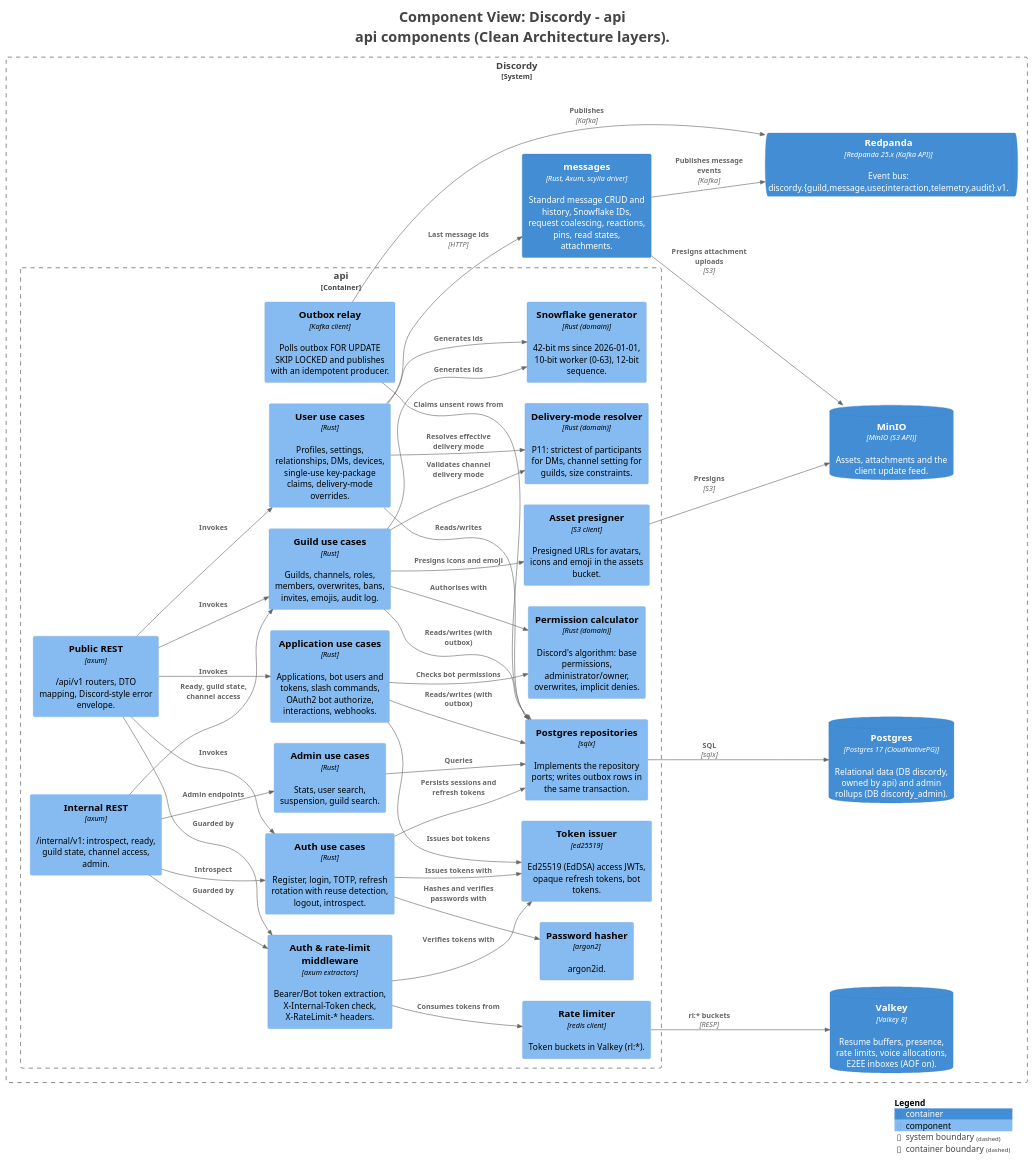
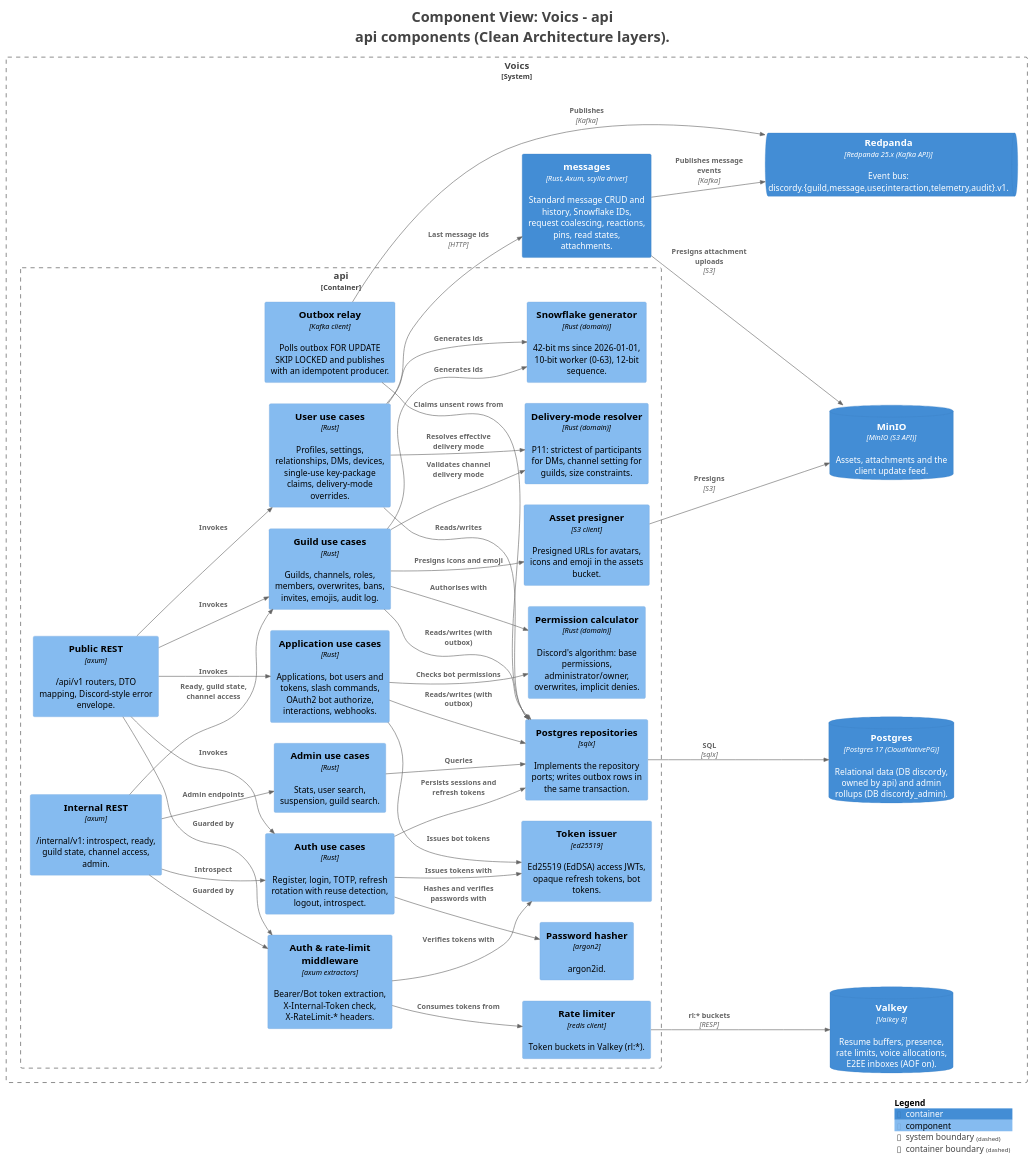
One commit to voics-app/docs changed the diagram in c4/rendered/structurizr-C3-api.puml. Above: the diagram before and after it, drawn with PlantUML. The commit also changed 48 other files, not shown here.

Commit message:
Name the system Voics in the C4 model and re-render diagrams (docs#135 stage 1 follow-up)

```diff
--- a/c4/rendered/structurizr-C3-api.puml
+++ b/c4/rendered/structurizr-C3-api.puml
@@ -1,5 +1,5 @@
 @startuml
-title <size:24>Component View: Discordy - api</size>\n<size:24>api components (Clean Architecture layers).</size>
+title <size:24>Component View: Voics - api</size>\n<size:24>api components (Clean Architecture layers).</size>
 
 set separator none
 left to right direction
@@ -16,68 +16,68 @@
 !include <C4/C4_Container>
 !include <C4/C4_Component>
 
-System_Boundary("Discordy_boundary", "Discordy", $tags="") {
-  Container_Boundary("Discordy.api_boundary", "api", $tags="") {
-    Component(Discordy.api.PublicREST, "Public REST", $techn="axum", $descr="/api/v1 routers, DTO mapping, Discord-style error envelope.", $tags="", $link="")
-    Component(Discordy.api.InternalREST, "Internal REST", $techn="axum", $descr="/internal/v1: introspect, ready, guild state, channel access, admin.", $tags="", $link="")
-    Component(Discordy.api.Authratelimitmiddleware, "Auth & rate-limit middleware", $techn="axum extractors", $descr="Bearer/Bot token extraction, X-Internal-Token check, X-RateLimit-* headers.", $tags="", $link="")
-    Component(Discordy.api.Authusecases, "Auth use cases", $techn="Rust", $descr="Register, login, TOTP, refresh rotation with reuse detection, logout, introspect.", $tags="", $link="")
-    Component(Discordy.api.Userusecases, "User use cases", $techn="Rust", $descr="Profiles, settings, relationships, DMs, devices, single-use key-package claims, delivery-mode overrides.", $tags="", $link="")
-    Component(Discordy.api.Guildusecases, "Guild use cases", $techn="Rust", $descr="Guilds, channels, roles, members, overwrites, bans, invites, emojis, audit log.", $tags="", $link="")
-    Component(Discordy.api.Applicationusecases, "Application use cases", $techn="Rust", $descr="Applications, bot users and tokens, slash commands, OAuth2 bot authorize, interactions, webhooks.", $tags="", $link="")
-    Component(Discordy.api.Adminusecases, "Admin use cases", $techn="Rust", $descr="Stats, user search, suspension, guild search.", $tags="", $link="")
-    Component(Discordy.api.Permissioncalculator, "Permission calculator", $techn="Rust (domain)", $descr="Discord's algorithm: base permissions, administrator/owner, overwrites, implicit denies.", $tags="", $link="")
-    Component(Discordy.api.Deliverymoderesolver, "Delivery-mode resolver", $techn="Rust (domain)", $descr="P11: strictest of participants for DMs, channel setting for guilds, size constraints.", $tags="", $link="")
-    Component(Discordy.api.Snowflakegenerator, "Snowflake generator", $techn="Rust (domain)", $descr="42-bit ms since 2026-01-01, 10-bit worker (0-63), 12-bit sequence.", $tags="", $link="")
-    Component(Discordy.api.Postgresrepositories, "Postgres repositories", $techn="sqlx", $descr="Implements the repository ports; writes outbox rows in the same transaction.", $tags="", $link="")
-    Component(Discordy.api.Outboxrelay, "Outbox relay", $techn="Kafka client", $descr="Polls outbox FOR UPDATE SKIP LOCKED and publishes with an idempotent producer.", $tags="", $link="")
-    Component(Discordy.api.Tokenissuer, "Token issuer", $techn="ed25519", $descr="Ed25519 (EdDSA) access JWTs, opaque refresh tokens, bot tokens.", $tags="", $link="")
-    Component(Discordy.api.Passwordhasher, "Password hasher", $techn="argon2", $descr="argon2id.", $tags="", $link="")
-    Component(Discordy.api.Ratelimiter, "Rate limiter", $techn="redis client", $descr="Token buckets in Valkey (rl:*).", $tags="", $link="")
-    Component(Discordy.api.Assetpresigner, "Asset presigner", $techn="S3 client", $descr="Presigned URLs for avatars, icons and emoji in the assets bucket.", $tags="", $link="")
+System_Boundary("Voics_boundary", "Voics", $tags="") {
+  Container_Boundary("Voics.api_boundary", "api", $tags="") {
+    Component(Voics.api.PublicREST, "Public REST", $techn="axum", $descr="/api/v1 routers, DTO mapping, Discord-style error envelope.", $tags="", $link="")
+    Component(Voics.api.InternalREST, "Internal REST", $techn="axum", $descr="/internal/v1: introspect, ready, guild state, channel access, admin.", $tags="", $link="")
+    Component(Voics.api.Authratelimitmiddleware, "Auth & rate-limit middleware", $techn="axum extractors", $descr="Bearer/Bot token extraction, X-Internal-Token check, X-RateLimit-* headers.", $tags="", $link="")
+    Component(Voics.api.Authusecases, "Auth use cases", $techn="Rust", $descr="Register, login, TOTP, refresh rotation with reuse detection, logout, introspect.", $tags="", $link="")
+    Component(Voics.api.Userusecases, "User use cases", $techn="Rust", $descr="Profiles, settings, relationships, DMs, devices, single-use key-package claims, delivery-mode overrides.", $tags="", $link="")
+    Component(Voics.api.Guildusecases, "Guild use cases", $techn="Rust", $descr="Guilds, channels, roles, members, overwrites, bans, invites, emojis, audit log.", $tags="", $link="")
+    Component(Voics.api.Applicationusecases, "Application use cases", $techn="Rust", $descr="Applications, bot users and tokens, slash commands, OAuth2 bot authorize, interactions, webhooks.", $tags="", $link="")
+    Component(Voics.api.Adminusecases, "Admin use cases", $techn="Rust", $descr="Stats, user search, suspension, guild search.", $tags="", $link="")
+    Component(Voics.api.Permissioncalculator, "Permission calculator", $techn="Rust (domain)", $descr="Discord's algorithm: base permissions, administrator/owner, overwrites, implicit denies.", $tags="", $link="")
+    Component(Voics.api.Deliverymoderesolver, "Delivery-mode resolver", $techn="Rust (domain)", $descr="P11: strictest of participants for DMs, channel setting for guilds, size constraints.", $tags="", $link="")
+    Component(Voics.api.Snowflakegenerator, "Snowflake generator", $techn="Rust (domain)", $descr="42-bit ms since 2026-01-01, 10-bit worker (0-63), 12-bit sequence.", $tags="", $link="")
+    Component(Voics.api.Postgresrepositories, "Postgres repositories", $techn="sqlx", $descr="Implements the repository ports; writes outbox rows in the same transaction.", $tags="", $link="")
+    Component(Voics.api.Outboxrelay, "Outbox relay", $techn="Kafka client", $descr="Polls outbox FOR UPDATE SKIP LOCKED and publishes with an idempotent producer.", $tags="", $link="")
+    Component(Voics.api.Tokenissuer, "Token issuer", $techn="ed25519", $descr="Ed25519 (EdDSA) access JWTs, opaque refresh tokens, bot tokens.", $tags="", $link="")
+    Component(Voics.api.Passwordhasher, "Password hasher", $techn="argon2", $descr="argon2id.", $tags="", $link="")
+    Component(Voics.api.Ratelimiter, "Rate limiter", $techn="redis client", $descr="Token buckets in Valkey (rl:*).", $tags="", $link="")
+    Component(Voics.api.Assetpresigner, "Asset presigner", $techn="S3 client", $descr="Presigned URLs for avatars, icons and emoji in the assets bucket.", $tags="", $link="")
   }
 
-  ContainerDb(Discordy.Postgres, "Postgres", $techn="Postgres 17 (CloudNativePG)", $descr="Relational data (DB discordy, owned by api) and admin rollups (DB discordy_admin).", $tags="", $link="")
-  ContainerQueue(Discordy.Redpanda, "Redpanda", $techn="Redpanda 25.x (Kafka API)", $descr="Event bus: discordy.{guild,message,user,interaction,telemetry,audit}.v1.", $tags="", $link="")
-  ContainerDb(Discordy.Valkey, "Valkey", $techn="Valkey 8", $descr="Resume buffers, presence, rate limits, voice allocations, E2EE inboxes (AOF on).", $tags="", $link="")
-  ContainerDb(Discordy.MinIO, "MinIO", $techn="MinIO (S3 API)", $descr="Assets, attachments and the client update feed.", $tags="", $link="")
-  Container(Discordy.messages, "messages", $techn="Rust, Axum, scylla driver", $descr="Standard message CRUD and history, Snowflake IDs, request coalescing, reactions, pins, read states, attachments.", $tags="", $link="")
+  ContainerDb(Voics.Postgres, "Postgres", $techn="Postgres 17 (CloudNativePG)", $descr="Relational data (DB discordy, owned by api) and admin rollups (DB discordy_admin).", $tags="", $link="")
+  ContainerQueue(Voics.Redpanda, "Redpanda", $techn="Redpanda 25.x (Kafka API)", $descr="Event bus: discordy.{guild,message,user,interaction,telemetry,audit}.v1.", $tags="", $link="")
+  ContainerDb(Voics.Valkey, "Valkey", $techn="Valkey 8", $descr="Resume buffers, presence, rate limits, voice allocations, E2EE inboxes (AOF on).", $tags="", $link="")
+  ContainerDb(Voics.MinIO, "MinIO", $techn="MinIO (S3 API)", $descr="Assets, attachments and the client update feed.", $tags="", $link="")
+  Container(Voics.messages, "messages", $techn="Rust, Axum, scylla driver", $descr="Standard message CRUD and history, Snowflake IDs, request coalescing, reactions, pins, read states, attachments.", $tags="", $link="")
 }
 
-Rel(Discordy.messages, Discordy.Redpanda, "Publishes message events", $techn="Kafka", $tags="", $link="")
-Rel(Discordy.messages, Discordy.MinIO, "Presigns attachment uploads", $techn="S3", $tags="", $link="")
-Rel(Discordy.api.PublicREST, Discordy.api.Authratelimitmiddleware, "Guarded by", $techn="", $tags="", $link="")
-Rel(Discordy.api.InternalREST, Discordy.api.Authratelimitmiddleware, "Guarded by", $techn="", $tags="", $link="")
-Rel(Discordy.api.PublicREST, Discordy.api.Authusecases, "Invokes", $techn="", $tags="", $link="")
-Rel(Discordy.api.PublicREST, Discordy.api.Userusecases, "Invokes", $techn="", $tags="", $link="")
-Rel(Discordy.api.PublicREST, Discordy.api.Guildusecases, "Invokes", $techn="", $tags="", $link="")
-Rel(Discordy.api.PublicREST, Discordy.api.Applicationusecases, "Invokes", $techn="", $tags="", $link="")
-Rel(Discordy.api.InternalREST, Discordy.api.Authusecases, "Introspect", $techn="", $tags="", $link="")
-Rel(Discordy.api.InternalREST, Discordy.api.Guildusecases, "Ready, guild state, channel access", $techn="", $tags="", $link="")
-Rel(Discordy.api.InternalREST, Discordy.api.Adminusecases, "Admin endpoints", $techn="", $tags="", $link="")
-Rel(Discordy.api.Authratelimitmiddleware, Discordy.api.Ratelimiter, "Consumes tokens from", $techn="", $tags="", $link="")
-Rel(Discordy.api.Authratelimitmiddleware, Discordy.api.Tokenissuer, "Verifies tokens with", $techn="", $tags="", $link="")
-Rel(Discordy.api.Authusecases, Discordy.api.Passwordhasher, "Hashes and verifies passwords with", $techn="", $tags="", $link="")
-Rel(Discordy.api.Authusecases, Discordy.api.Tokenissuer, "Issues tokens with", $techn="", $tags="", $link="")
-Rel(Discordy.api.Authusecases, Discordy.api.Postgresrepositories, "Persists sessions and refresh tokens", $techn="", $tags="", $link="")
-Rel(Discordy.api.Userusecases, Discordy.api.Deliverymoderesolver, "Resolves effective delivery mode", $techn="", $tags="", $link="")
-Rel(Discordy.api.Userusecases, Discordy.api.Postgresrepositories, "Reads/writes", $techn="", $tags="", $link="")
-Rel(Discordy.api.Userusecases, Discordy.api.Snowflakegenerator, "Generates ids", $techn="", $tags="", $link="")
-Rel(Discordy.api.Guildusecases, Discordy.api.Permissioncalculator, "Authorises with", $techn="", $tags="", $link="")
-Rel(Discordy.api.Guildusecases, Discordy.api.Deliverymoderesolver, "Validates channel delivery mode", $techn="", $tags="", $link="")
-Rel(Discordy.api.Guildusecases, Discordy.api.Postgresrepositories, "Reads/writes (with outbox)", $techn="", $tags="", $link="")
-Rel(Discordy.api.Guildusecases, Discordy.api.Snowflakegenerator, "Generates ids", $techn="", $tags="", $link="")
-Rel(Discordy.api.Guildusecases, Discordy.api.Assetpresigner, "Presigns icons and emoji", $techn="", $tags="", $link="")
-Rel(Discordy.api.Applicationusecases, Discordy.api.Permissioncalculator, "Checks bot permissions", $techn="", $tags="", $link="")
-Rel(Discordy.api.Applicationusecases, Discordy.api.Postgresrepositories, "Reads/writes (with outbox)", $techn="", $tags="", $link="")
-Rel(Discordy.api.Applicationusecases, Discordy.api.Tokenissuer, "Issues bot tokens", $techn="", $tags="", $link="")
-Rel(Discordy.api.Adminusecases, Discordy.api.Postgresrepositories, "Queries", $techn="", $tags="", $link="")
-Rel(Discordy.api.Outboxrelay, Discordy.api.Postgresrepositories, "Claims unsent rows from", $techn="", $tags="", $link="")
-Rel(Discordy.api.Postgresrepositories, Discordy.Postgres, "SQL", $techn="sqlx", $tags="", $link="")
-Rel(Discordy.api.Outboxrelay, Discordy.Redpanda, "Publishes", $techn="Kafka", $tags="", $link="")
-Rel(Discordy.api.Ratelimiter, Discordy.Valkey, "rl:* buckets", $techn="RESP", $tags="", $link="")
-Rel(Discordy.api.Assetpresigner, Discordy.MinIO, "Presigns", $techn="S3", $tags="", $link="")
-Rel(Discordy.api.Userusecases, Discordy.messages, "Last message ids", $techn="HTTP", $tags="", $link="")
+Rel(Voics.messages, Voics.Redpanda, "Publishes message events", $techn="Kafka", $tags="", $link="")
+Rel(Voics.messages, Voics.MinIO, "Presigns attachment uploads", $techn="S3", $tags="", $link="")
+Rel(Voics.api.PublicREST, Voics.api.Authratelimitmiddleware, "Guarded by", $techn="", $tags="", $link="")
+Rel(Voics.api.InternalREST, Voics.api.Authratelimitmiddleware, "Guarded by", $techn="", $tags="", $link="")
+Rel(Voics.api.PublicREST, Voics.api.Authusecases, "Invokes", $techn="", $tags="", $link="")
+Rel(Voics.api.PublicREST, Voics.api.Userusecases, "Invokes", $techn="", $tags="", $link="")
+Rel(Voics.api.PublicREST, Voics.api.Guildusecases, "Invokes", $techn="", $tags="", $link="")
+Rel(Voics.api.PublicREST, Voics.api.Applicationusecases, "Invokes", $techn="", $tags="", $link="")
+Rel(Voics.api.InternalREST, Voics.api.Authusecases, "Introspect", $techn="", $tags="", $link="")
+Rel(Voics.api.InternalREST, Voics.api.Guildusecases, "Ready, guild state, channel access", $techn="", $tags="", $link="")
+Rel(Voics.api.InternalREST, Voics.api.Adminusecases, "Admin endpoints", $techn="", $tags="", $link="")
+Rel(Voics.api.Authratelimitmiddleware, Voics.api.Ratelimiter, "Consumes tokens from", $techn="", $tags="", $link="")
+Rel(Voics.api.Authratelimitmiddleware, Voics.api.Tokenissuer, "Verifies tokens with", $techn="", $tags="", $link="")
+Rel(Voics.api.Authusecases, Voics.api.Passwordhasher, "Hashes and verifies passwords with", $techn="", $tags="", $link="")
+Rel(Voics.api.Authusecases, Voics.api.Tokenissuer, "Issues tokens with", $techn="", $tags="", $link="")
+Rel(Voics.api.Authusecases, Voics.api.Postgresrepositories, "Persists sessions and refresh tokens", $techn="", $tags="", $link="")
+Rel(Voics.api.Userusecases, Voics.api.Deliverymoderesolver, "Resolves effective delivery mode", $techn="", $tags="", $link="")
+Rel(Voics.api.Userusecases, Voics.api.Postgresrepositories, "Reads/writes", $techn="", $tags="", $link="")
+Rel(Voics.api.Userusecases, Voics.api.Snowflakegenerator, "Generates ids", $techn="", $tags="", $link="")
+Rel(Voics.api.Guildusecases, Voics.api.Permissioncalculator, "Authorises with", $techn="", $tags="", $link="")
+Rel(Voics.api.Guildusecases, Voics.api.Deliverymoderesolver, "Validates channel delivery mode", $techn="", $tags="", $link="")
+Rel(Voics.api.Guildusecases, Voics.api.Postgresrepositories, "Reads/writes (with outbox)", $techn="", $tags="", $link="")
+Rel(Voics.api.Guildusecases, Voics.api.Snowflakegenerator, "Generates ids", $techn="", $tags="", $link="")
+Rel(Voics.api.Guildusecases, Voics.api.Assetpresigner, "Presigns icons and emoji", $techn="", $tags="", $link="")
+Rel(Voics.api.Applicationusecases, Voics.api.Permissioncalculator, "Checks bot permissions", $techn="", $tags="", $link="")
+Rel(Voics.api.Applicationusecases, Voics.api.Postgresrepositories, "Reads/writes (with outbox)", $techn="", $tags="", $link="")
+Rel(Voics.api.Applicationusecases, Voics.api.Tokenissuer, "Issues bot tokens", $techn="", $tags="", $link="")
+Rel(Voics.api.Adminusecases, Voics.api.Postgresrepositories, "Queries", $techn="", $tags="", $link="")
+Rel(Voics.api.Outboxrelay, Voics.api.Postgresrepositories, "Claims unsent rows from", $techn="", $tags="", $link="")
+Rel(Voics.api.Postgresrepositories, Voics.Postgres, "SQL", $techn="sqlx", $tags="", $link="")
+Rel(Voics.api.Outboxrelay, Voics.Redpanda, "Publishes", $techn="Kafka", $tags="", $link="")
+Rel(Voics.api.Ratelimiter, Voics.Valkey, "rl:* buckets", $techn="RESP", $tags="", $link="")
+Rel(Voics.api.Assetpresigner, Voics.MinIO, "Presigns", $techn="S3", $tags="", $link="")
+Rel(Voics.api.Userusecases, Voics.messages, "Last message ids", $techn="HTTP", $tags="", $link="")
 
 SHOW_LEGEND(true)
 hide stereotypes
```
